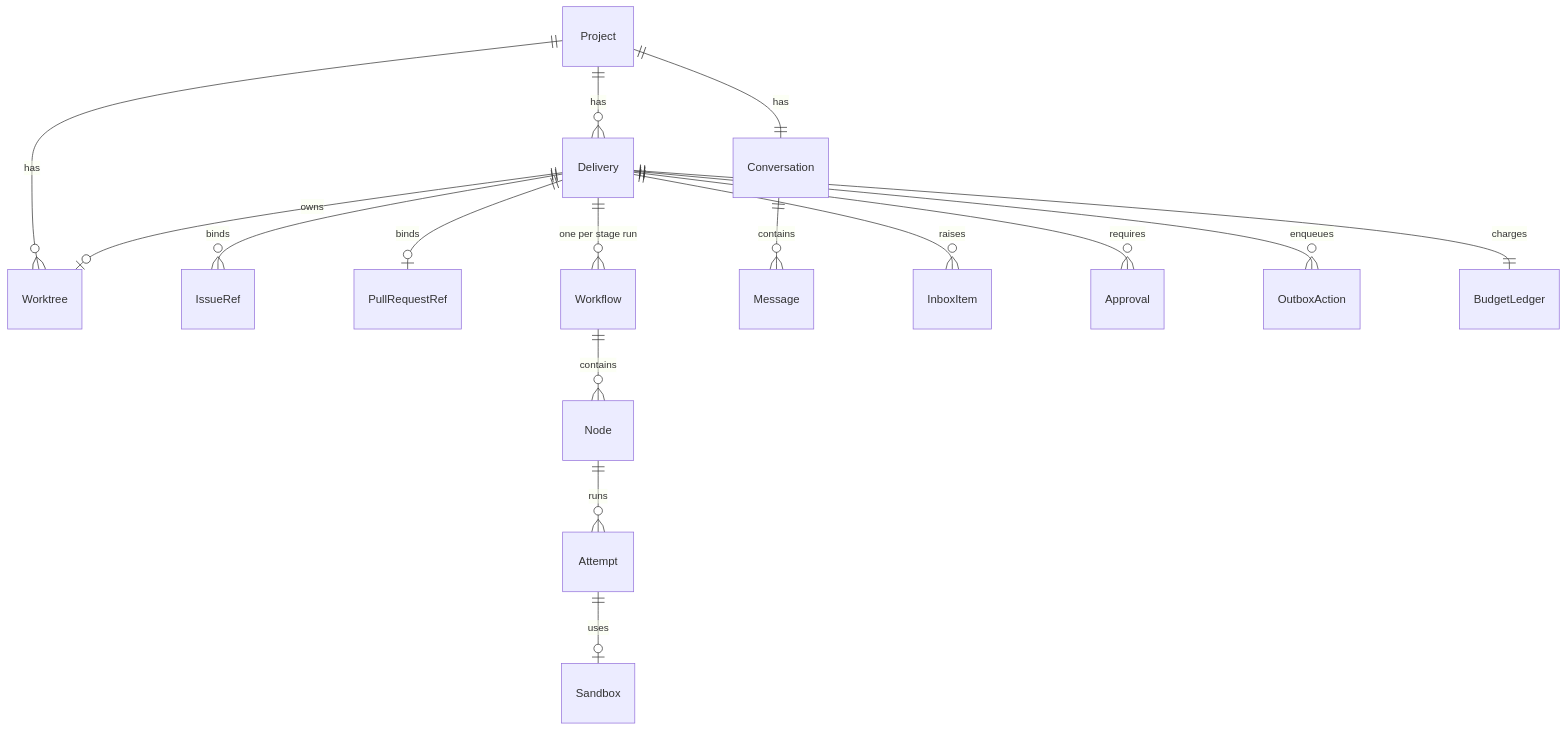
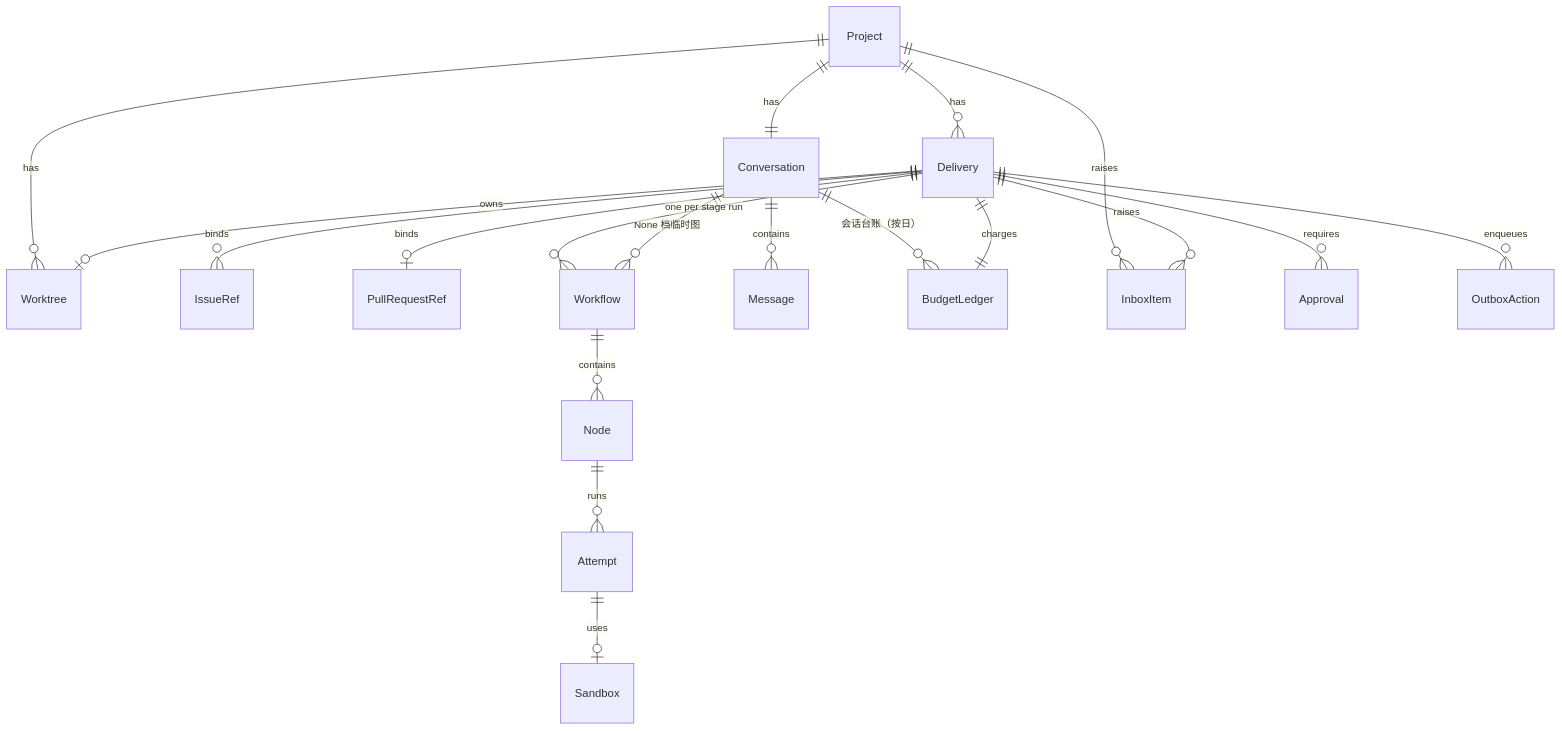
The first of 2 diagrams in docs/data-model.md (LeXwDeX/Gantry), drawn with Mermaid before and after one commit. The commit also changed other lines of this file and 10 other files, not shown here.

````diff
--- a/docs/data-model.md
+++ b/docs/data-model.md
@@ -51,18 +51,21 @@
 ```mermaid
 erDiagram
   Project ||--o{ Delivery : has
   Project ||--|| Conversation : has
   Project ||--o{ Worktree : has
   Delivery ||--o{ IssueRef : binds
   Delivery ||--o| PullRequestRef : binds
   Delivery ||--o| Worktree : owns
   Delivery ||--o{ Workflow : "one per stage run"
   Workflow ||--o{ Node : contains
   Node ||--o{ Attempt : runs
   Attempt ||--o| Sandbox : uses
   Conversation ||--o{ Message : contains
+  Conversation ||--o{ Workflow : "None 档临时图"
+  Conversation ||--o{ BudgetLedger : "会话台账（按日）"
+  Project ||--o{ InboxItem : raises
   Delivery ||--o{ InboxItem : raises
   Delivery ||--o{ Approval : requires
   Delivery ||--o{ OutboxAction : enqueues
   Delivery ||--|| BudgetLedger : charges
 ```
````
